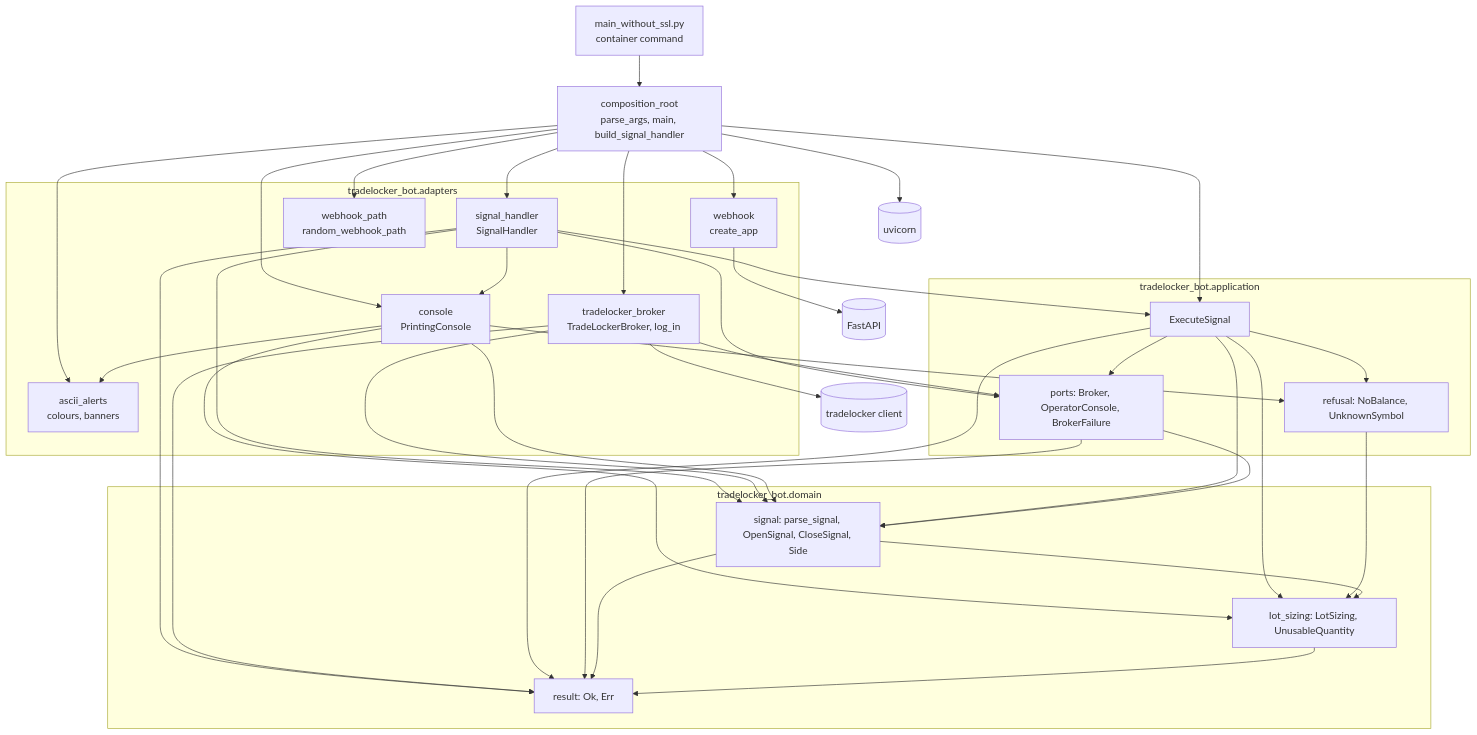
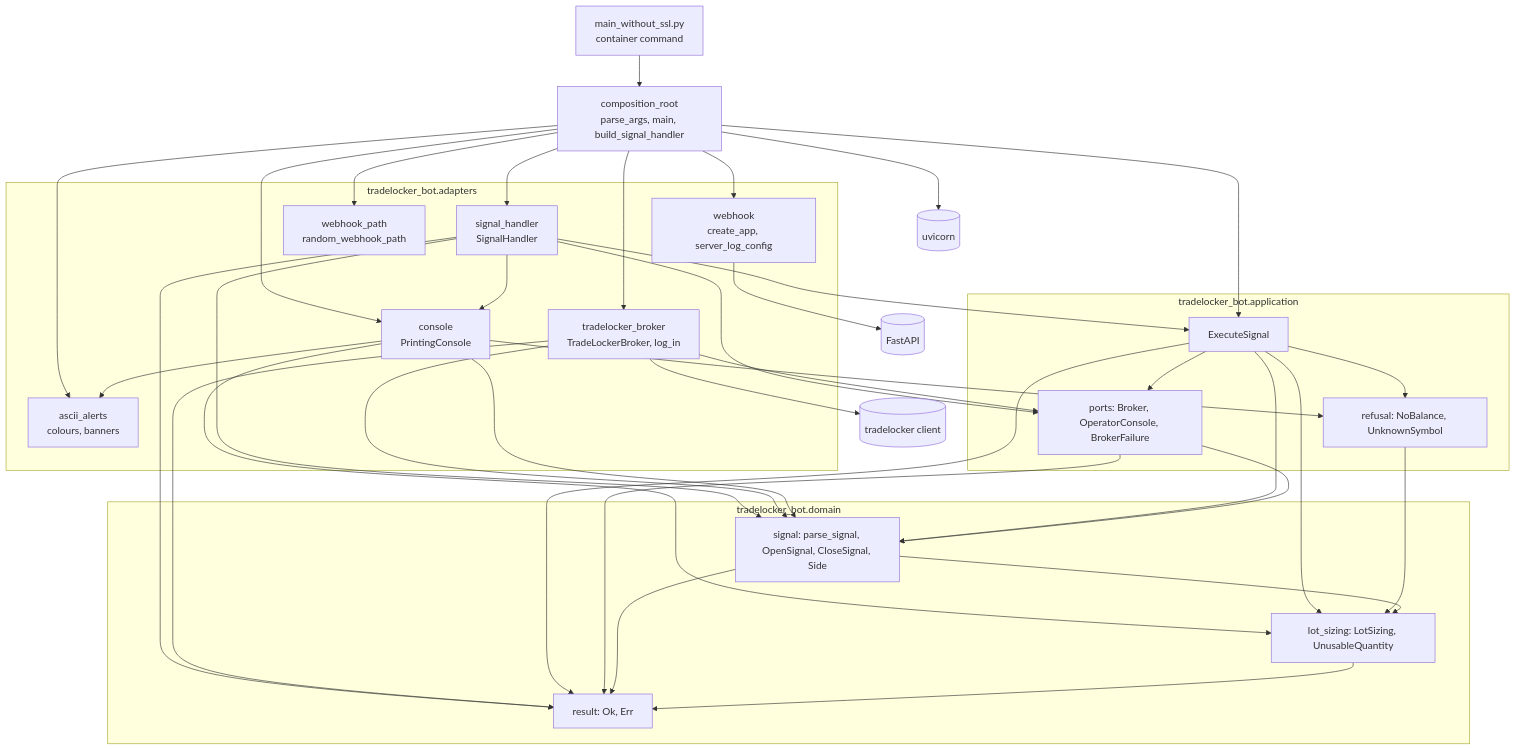
One commit to Akinzou/TradeLockerBot changed the first of 6 diagrams in docs/architecture.md. Above: the diagram before and after it, drawn with Mermaid. The commit also changed other lines of this file and 13 other files, not shown here.

First line of the commit message:
fix: hide the request line in the access log (roadmap step 6f)

````diff
--- a/docs/architecture.md
+++ b/docs/architecture.md
@@ -35,36 +35,36 @@
 ```mermaid
 flowchart TB
     EP[main_without_ssl.py<br/>container command]
     CR[composition_root<br/>parse_args, main, build_signal_handler]
     subgraph adapters [tradelocker_bot.adapters]
-        WH[webhook<br/>create_app]
+        WH[webhook<br/>create_app, server_log_config]
         SH[signal_handler<br/>SignalHandler]
         TLB[tradelocker_broker<br/>TradeLockerBroker, log_in]
         PC[console<br/>PrintingConsole]
         AA[ascii_alerts<br/>colours, banners]
         WP[webhook_path<br/>random_webhook_path]
     end
     subgraph application [tradelocker_bot.application]
         ES[ExecuteSignal]
         PORTS[ports: Broker, OperatorConsole, BrokerFailure]
         REF[refusal: NoBalance, UnknownSymbol]
     end
     subgraph domain [tradelocker_bot.domain]
         SIG[signal: parse_signal, OpenSignal, CloseSignal, Side]
         LS[lot_sizing: LotSizing, UnusableQuantity]
         RES[result: Ok, Err]
     end
     EP --> CR
     CR --> WH & SH & TLB & PC & AA & WP & ES
     SH --> PC & ES & PORTS & RES & SIG
     TLB --> PORTS & RES & SIG
     PC --> AA & REF & LS & SIG
     ES --> PORTS & REF & LS & RES & SIG
     PORTS --> RES & SIG
     REF --> LS
     SIG --> LS & RES
     LS --> RES
     WH --> FASTAPI[(FastAPI)]
     CR --> UVICORN[(uvicorn)]
     TLB --> CLIENT[(tradelocker client)]
 ```
````
